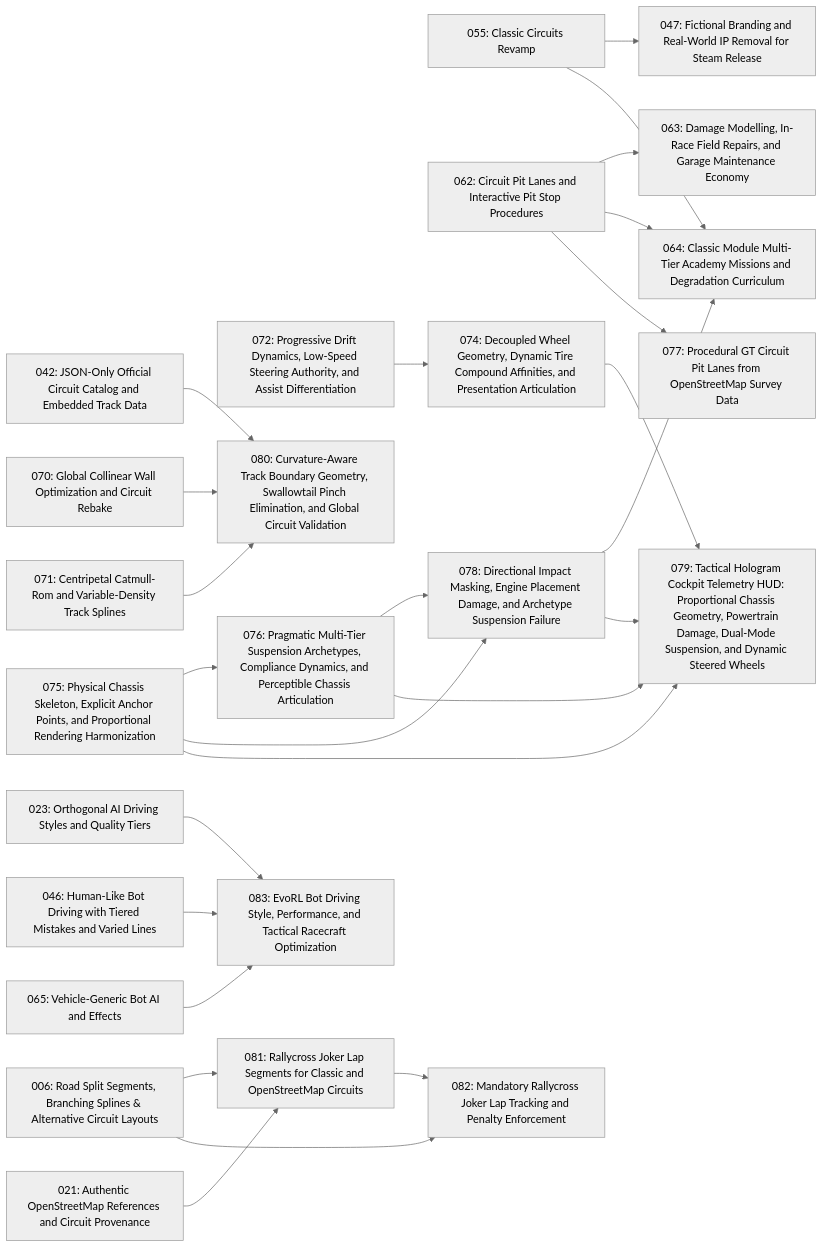
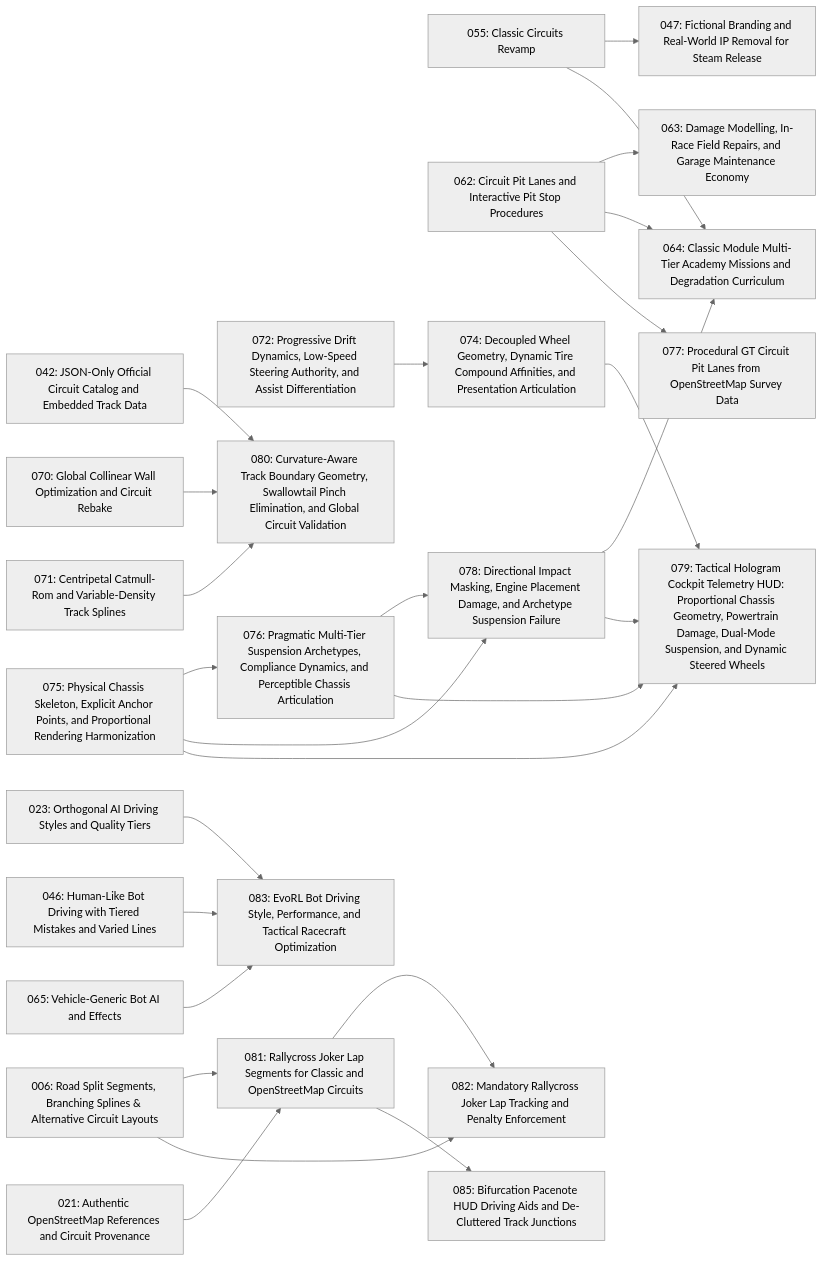
The diagram in specs/index.md (magomar/tdrace), drawn with Mermaid (neutral theme) before and after one commit. The commit also changed other lines of this file and 3 other files, not shown here.

Commit message:
docs(spec): register and approve Spec 085 for bifurcation pacenote HUD driving aids and decluttered track junctions (tdrace-m46h)

````diff
--- a/specs/index.md
+++ b/specs/index.md
@@ -111,51 +112,53 @@
 ```mermaid
 flowchart LR
     006["006: Road Split Segments, Branching Splines & Alternative Circuit Layouts"]
     021["021: Authentic OpenStreetMap References and Circuit Provenance"]
     023["023: Orthogonal AI Driving Styles and Quality Tiers"]
     042["042: JSON-Only Official Circuit Catalog and Embedded Track Data"]
     046["046: Human-Like Bot Driving with Tiered Mistakes and Varied Lines"]
     047["047: Fictional Branding and Real-World IP Removal for Steam Release"]
     055["055: Classic Circuits Revamp"]
     062["062: Circuit Pit Lanes and Interactive Pit Stop Procedures"]
     063["063: Damage Modelling, In-Race Field Repairs, and Garage Maintenance Economy"]
     064["064: Classic Module Multi-Tier Academy Missions and Degradation Curriculum"]
     065["065: Vehicle-Generic Bot AI and Effects"]
     070["070: Global Collinear Wall Optimization and Circuit Rebake"]
     071["071: Centripetal Catmull-Rom and Variable-Density Track Splines"]
     072["072: Progressive Drift Dynamics, Low-Speed Steering Authority, and Assist Differentiation"]
     074["074: Decoupled Wheel Geometry, Dynamic Tire Compound Affinities, and Presentation Articulation"]
     075["075: Physical Chassis Skeleton, Explicit Anchor Points, and Proportional Rendering Harmonization"]
     076["076: Pragmatic Multi-Tier Suspension Archetypes, Compliance Dynamics, and Perceptible Chassis Articulation"]
     077["077: Procedural GT Circuit Pit Lanes from OpenStreetMap Survey Data"]
     078["078: Directional Impact Masking, Engine Placement Damage, and Archetype Suspension Failure"]
     079["079: Tactical Hologram Cockpit Telemetry HUD: Proportional Chassis Geometry, Powertrain Damage, Dual-Mode Suspension, and Dynamic Steered Wheels"]
     080["080: Curvature-Aware Track Boundary Geometry, Swallowtail Pinch Elimination, and Global Circuit Validation"]
     081["081: Rallycross Joker Lap Segments for Classic and OpenStreetMap Circuits"]
     082["082: Mandatory Rallycross Joker Lap Tracking and Penalty Enforcement"]
     083["083: EvoRL Bot Driving Style, Performance, and Tactical Racecraft Optimization"]
+    085["085: Bifurcation Pacenote HUD Driving Aids and De-Cluttered Track Junctions"]
     055 --> 047
     062 --> 063
     055 --> 064
     062 --> 064
     078 --> 064
     072 --> 074
     075 --> 076
     062 --> 077
     075 --> 078
     076 --> 078
     074 --> 079
     075 --> 079
     076 --> 079
     078 --> 079
     042 --> 080
     070 --> 080
     071 --> 080
     006 --> 081
     021 --> 081
     006 --> 082
     081 --> 082
     023 --> 083
     046 --> 083
     065 --> 083
+    081 --> 085
 ```
````
